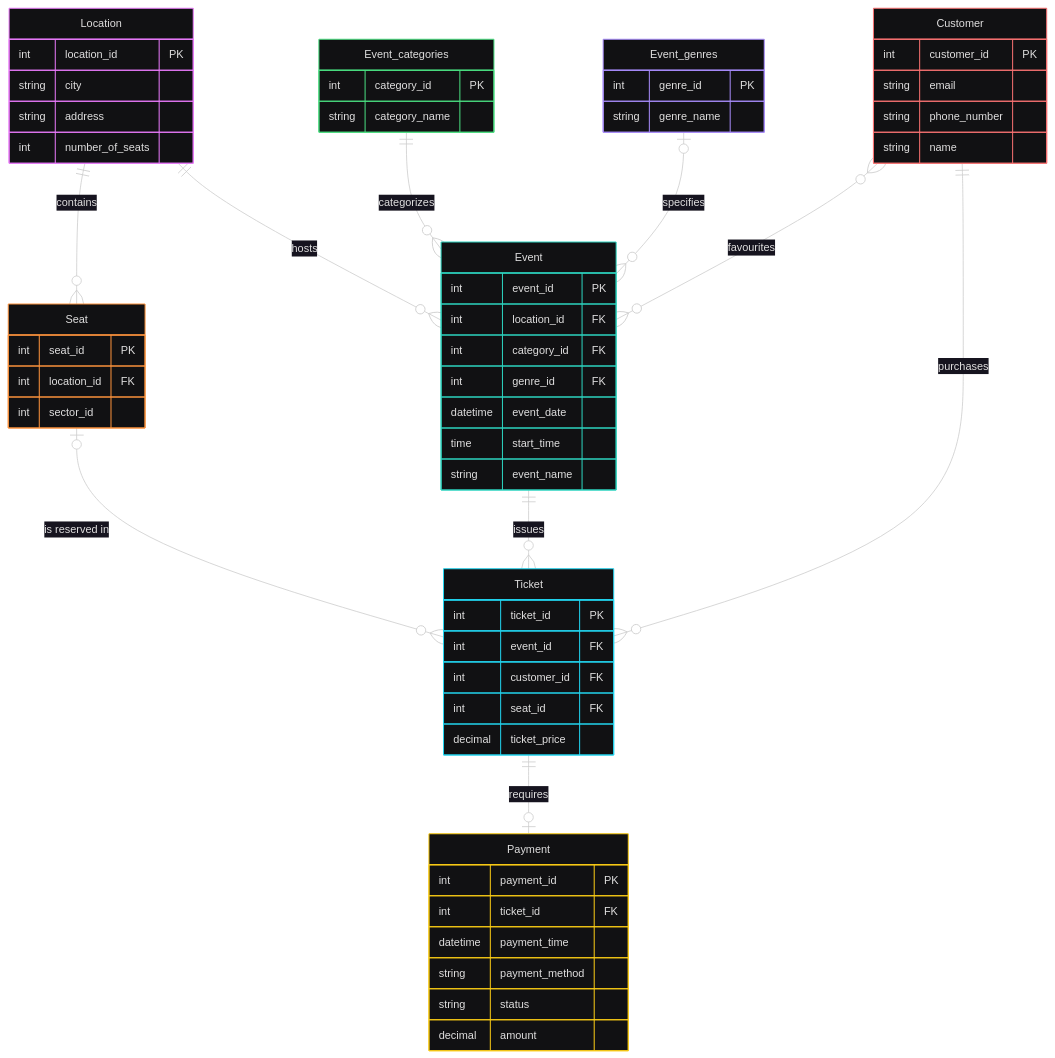
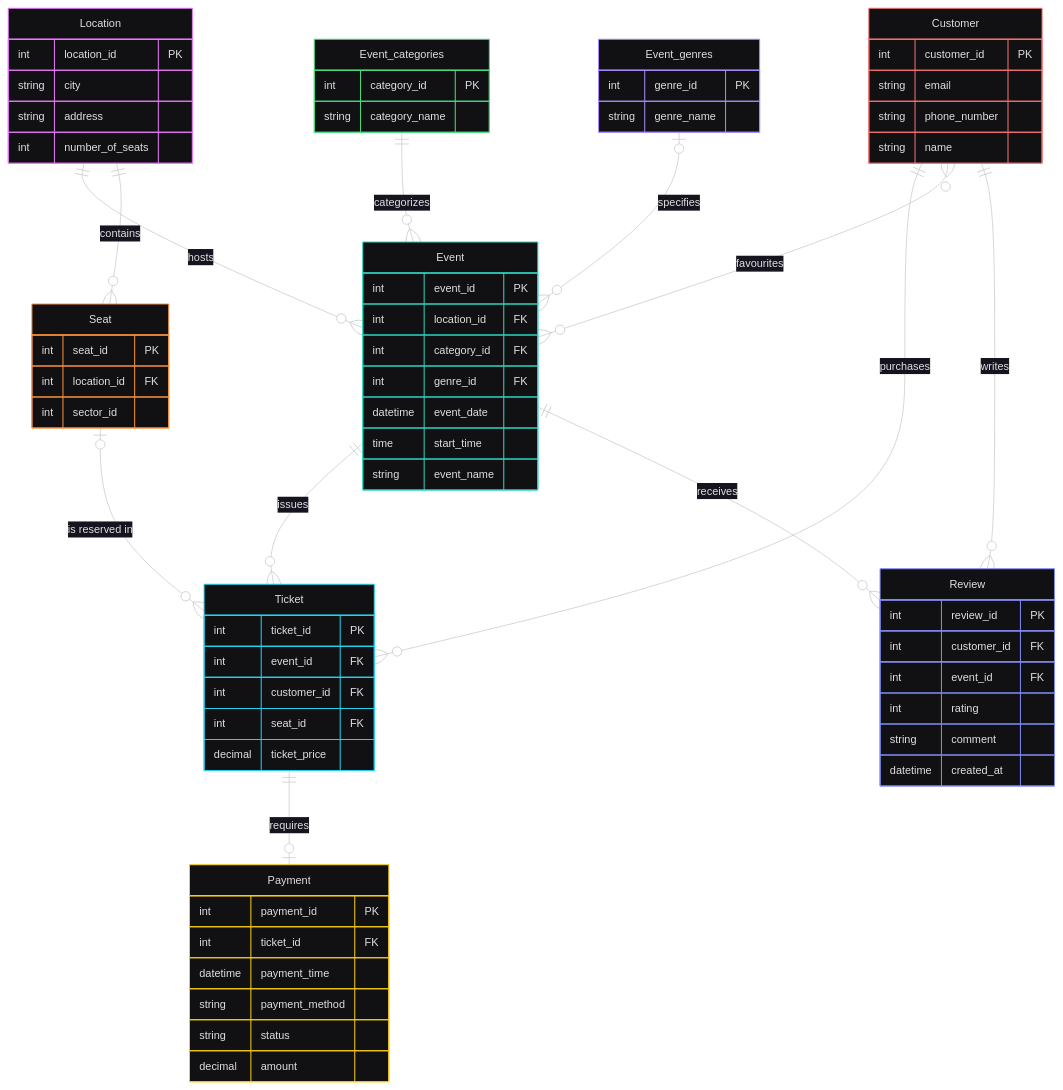
Before and after one commit to anastasiiaaz/2-course-mavpz: the diagram in lab1/diagram.mmd, drawn with Mermaid.

Commit message:
feat: add review entity

```diff
--- a/lab1/diagram.mmd
+++ b/lab1/diagram.mmd
@@ -1,72 +1,84 @@
 %%{
   init: {
     'theme': 'redux-dark-color'
   }
 }%%
 erDiagram
     Location ||--o{ Event : "hosts"
     Location ||--o{ Seat : "contains"
     Seat |o--o{ Ticket : "is reserved in"
     Event ||--o{ Ticket : "issues"
     Event_categories ||--o{ Event : "categorizes"
     Event_genres |o--o{ Event : "specifies"
     Customer ||--o{ Ticket : "purchases"
     Ticket ||--o| Payment : "requires"
     Customer }o--o{ Event : "favourites"
+    
+    Customer ||--o{ Review : "writes"
+    Event ||--o{ Review : "receives"
 
     Location {
         int location_id PK
         string city
         string address
         int number_of_seats
     }
 
     Event {
         int event_id PK
         int location_id FK
         int category_id FK
         int genre_id FK
         datetime event_date
         time start_time
         string event_name
     }
 
     Event_categories {
         int category_id PK
         string category_name
     }
 
     Event_genres {
         int genre_id PK
         string genre_name
     }
 
     Customer {
         int customer_id PK
         string email
         string phone_number
         string name
     }
 
     Ticket {
         int ticket_id PK
         int event_id FK
         int customer_id FK
         int seat_id FK
         decimal ticket_price
     }
 
     Payment {
         int payment_id PK
         int ticket_id FK
         datetime payment_time
         string payment_method
         string status
         decimal amount
     }
 
     Seat {
         int seat_id PK
         int location_id FK
         int sector_id
     }
+
+    Review {
+        int review_id PK
+        int customer_id FK
+        int event_id FK
+        int rating
+        string comment
+        datetime created_at
+    }
```
